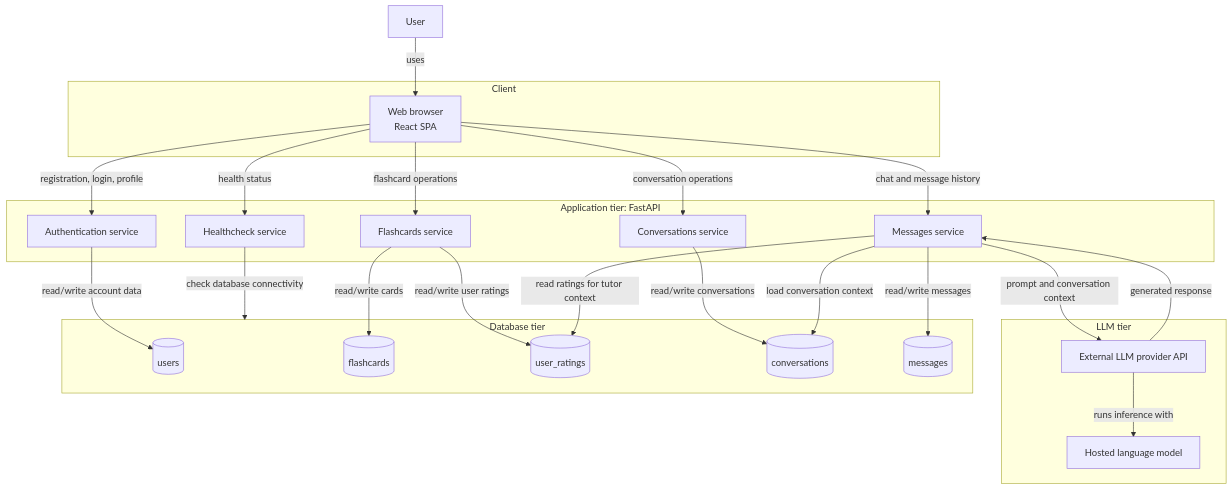
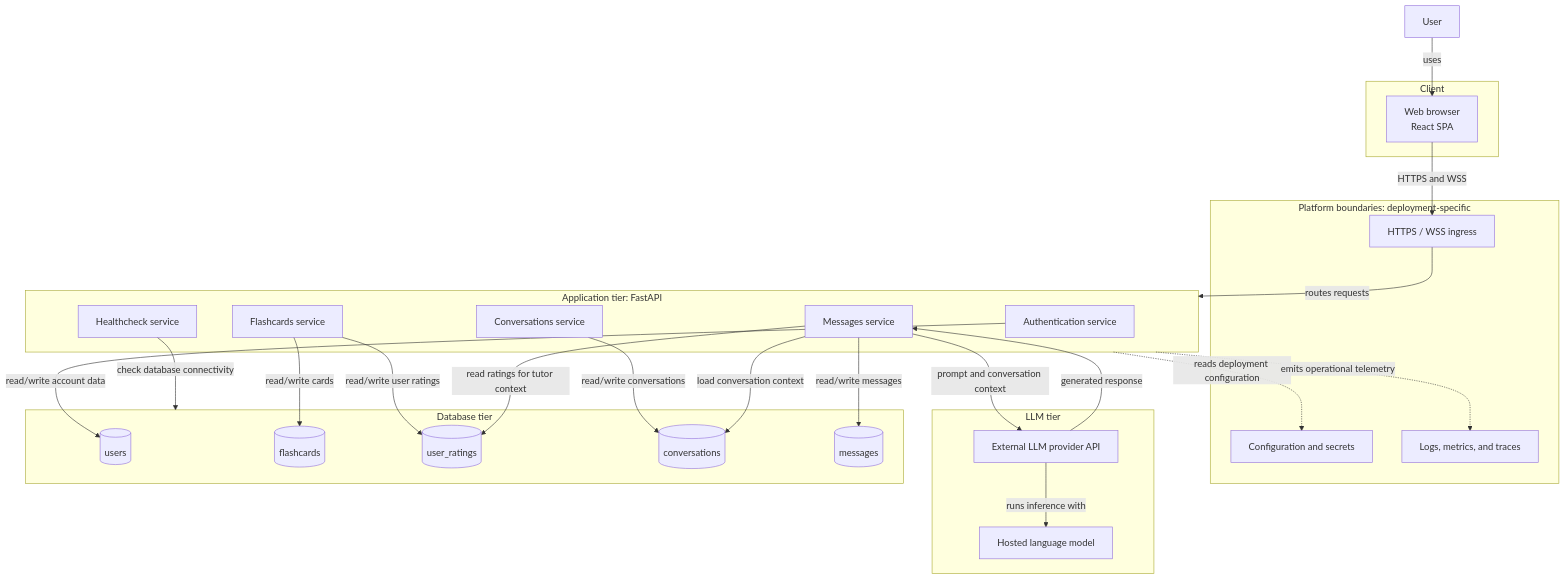
Before and after one commit to MateDawid/EnglishAITutor: the second of 4 diagrams in docs/architecture.md, drawn with Mermaid. The commit also changed other lines of this file and 1 other file, not shown here.

Commit message:
Final architecture

````diff
--- a/docs/architecture.md
+++ b/docs/architecture.md
@@ -349,47 +220,52 @@
 ```mermaid
 flowchart TD
     User[User]
 
     subgraph Client["Client"]
         Browser[Web browser<br/>React SPA]
+    end
+
+    subgraph Platform["Platform boundaries: deployment-specific"]
+        Ingress[HTTPS / WSS ingress]
+        Config[Configuration and secrets]
+        Telemetry[Logs, metrics, and traces]
     end
 
     subgraph App["Application tier: FastAPI"]
         Auth[Authentication service]
         Flashcards[Flashcards service]
         Conversations[Conversations service]
         Messages[Messages service]
         Health[Healthcheck service]
     end
 
     subgraph LLM["LLM tier"]
         Provider[External LLM provider API]
         Model[Hosted language model]
         Provider -->|runs inference with| Model
     end
 
     subgraph DB["Database tier"]
         Users[(users)]
         FlashcardRows[(flashcards)]
         Ratings[(user_ratings)]
         ConversationRows[(conversations)]
         MessageRows[(messages)]
     end
 
     User -->|uses| Browser
-    Browser -->|registration, login, profile| Auth
-    Browser -->|flashcard operations| Flashcards
-    Browser -->|conversation operations| Conversations
-    Browser -->|chat and message history| Messages
-    Browser -->|health status| Health
+    Browser -->|HTTPS and WSS| Ingress
+    Ingress -->|routes requests| App
+    App -.->|reads deployment configuration| Config
+    App -.->|emits operational telemetry| Telemetry
     Auth -->|read/write account data| Users
     Flashcards -->|read/write cards| FlashcardRows
     Flashcards -->|read/write user ratings| Ratings
     Conversations -->|read/write conversations| ConversationRows
     Messages -->|read/write messages| MessageRows
     Messages -->|load conversation context| ConversationRows
     Messages -->|read ratings for tutor context| Ratings
     Health -->|check database connectivity| DB
     Messages -->|prompt and conversation context| Provider
     Provider -->|generated response| Messages
 ```
````
